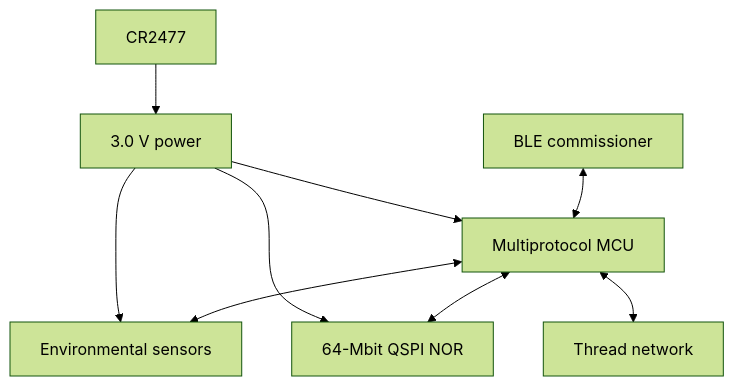
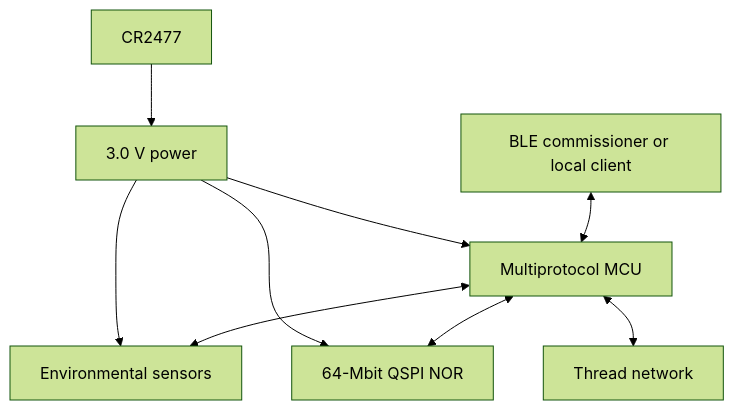
One commit to DaytripperTX/MatterSense changed the first of 2 diagrams in docs/architecture/system_block_diagram.md. Above: the diagram before and after it, drawn with Mermaid (forest theme). The commit also changed other lines of this file and 7 other files, not shown here.

Commit message:
Add external flash, BLE local mode, and Rev B combo radio

````diff
--- a/docs/architecture/system_block_diagram.md
+++ b/docs/architecture/system_block_diagram.md
@@ -42,11 +42,11 @@
 ```mermaid
 flowchart TD
     BAT["CR2477"] --> PWR["3.0 V power"]
     PWR --> MCU["Multiprotocol MCU"]
     PWR --> SNS["Environmental sensors"]
     PWR --> FLASH["64-Mbit QSPI NOR"]
     MCU <--> SNS
     MCU <--> FLASH
     MCU <--> THREAD["Thread network"]
-    BLE["BLE commissioner"] <--> MCU
+    BLE["BLE commissioner or local client"] <--> MCU
 ```
````
